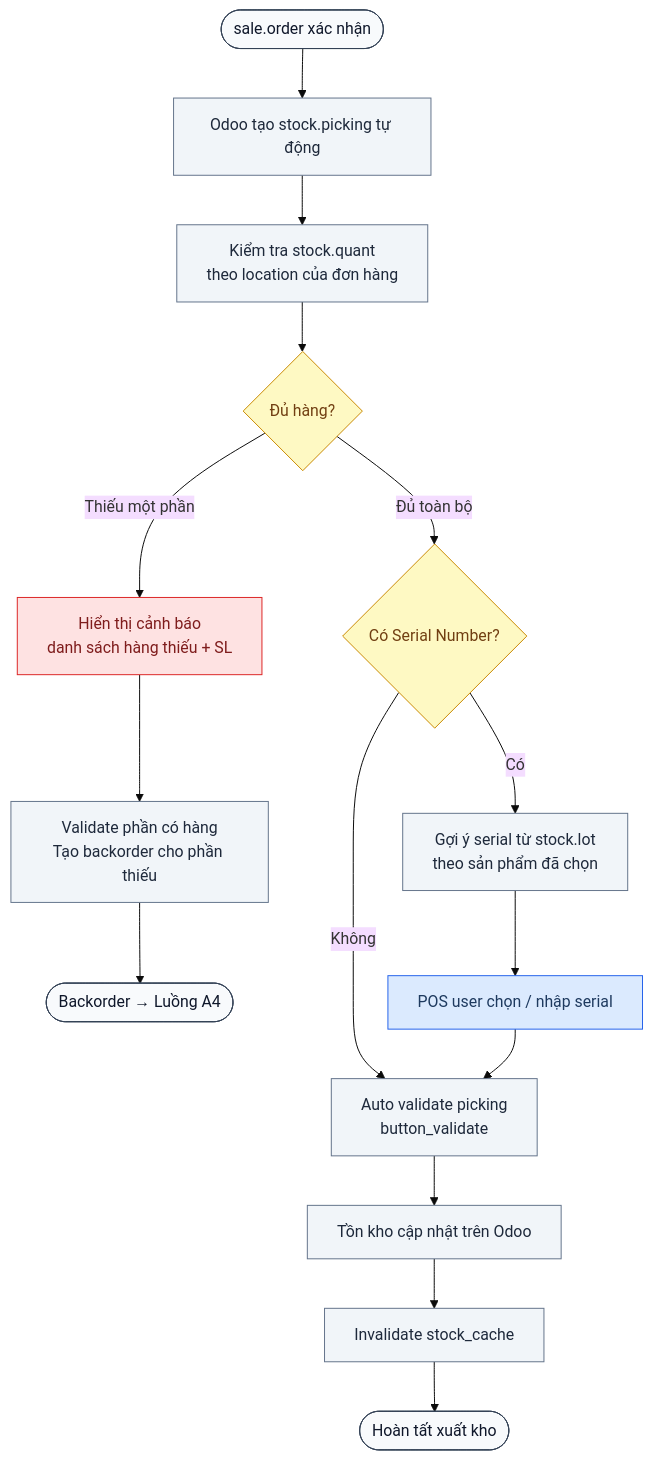
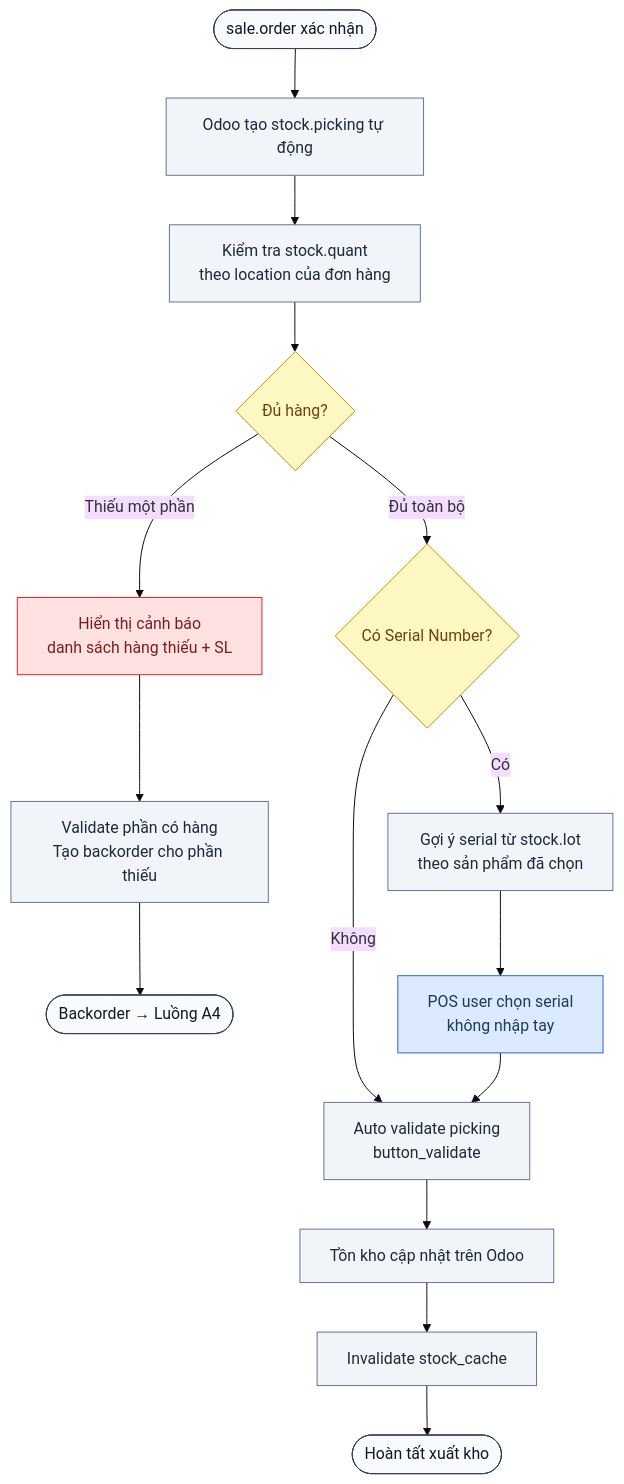
Before and after one commit to ngohuuduc/VJ_mobile_POS: the fourth of 20 diagrams in process_flow.md, drawn with Mermaid (base theme). The commit also changed other lines of this file and 1 other file, not shown here.

First line of the commit message:
docs: process_flow.md + scope.md khớp code hiện tại (đăng nhập Microsoft, VietQR/COD, Chờ giao & Nháp, khách ký, đổi hàng, Tiền đã chuyển)

````diff
--- a/process_flow.md
+++ b/process_flow.md
@@ -219,24 +305,24 @@
 ```mermaid
 flowchart TD
     classDef user fill:#DBEAFE,stroke:#2563EB,color:#1e3a5f
     classDef system fill:#F1F5F9,stroke:#64748B,color:#1e293b
     classDef accountant fill:#CCFBF1,stroke:#0D9488,color:#134E4A
     classDef decision fill:#FEF9C3,stroke:#CA8A04,color:#713f12
     classDef terminal fill:#F8FAFC,stroke:#334155,color:#0f172a
     classDef warning fill:#FEE2E2,stroke:#DC2626,color:#7f1d1d
 
     A([sale.order xác nhận]):::terminal --> B[Odoo tạo stock.picking tự động]:::system
     B --> C[Kiểm tra stock.quant\ntheo location của đơn hàng]:::system
     C --> D{Đủ hàng?}:::decision
     D -- Đủ toàn bộ --> E{Có Serial Number?}:::decision
     D -- Thiếu một phần --> F[Hiển thị cảnh báo\ndanh sách hàng thiếu + SL]:::warning
     F --> G[Validate phần có hàng\nTạo backorder cho phần thiếu]:::system
     G --> H([Backorder → Luồng A4]):::terminal
     E -- Không --> I[Auto validate picking\nbutton_validate]:::system
     E -- Có --> J[Gợi ý serial từ stock.lot\ntheo sản phẩm đã chọn]:::system
-    J --> K[POS user chọn / nhập serial]:::user
+    J --> K[POS user chọn serial\nkhông nhập tay]:::user
     K --> I
     I --> L[Tồn kho cập nhật trên Odoo]:::system
     L --> M[Invalidate stock_cache]:::system
     M --> N([Hoàn tất xuất kho]):::terminal
 ```
````
